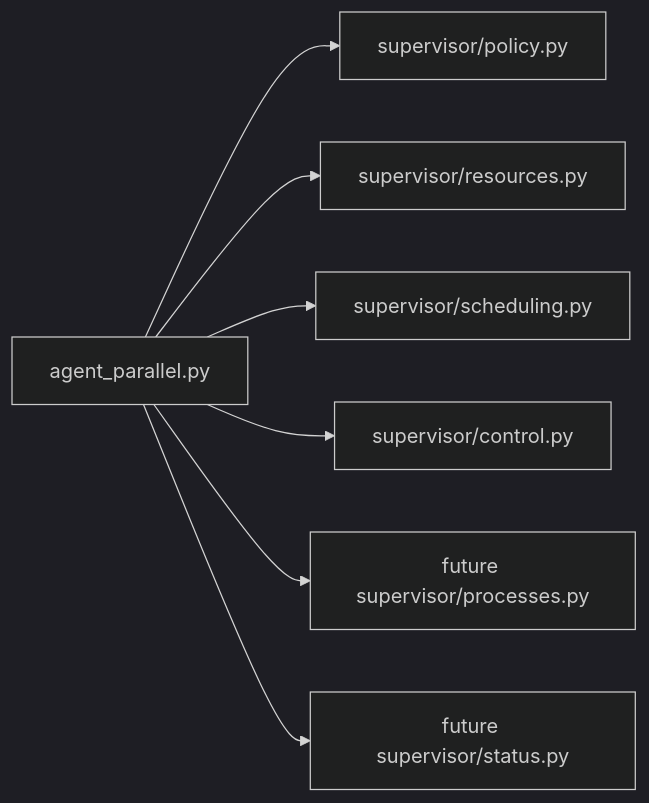
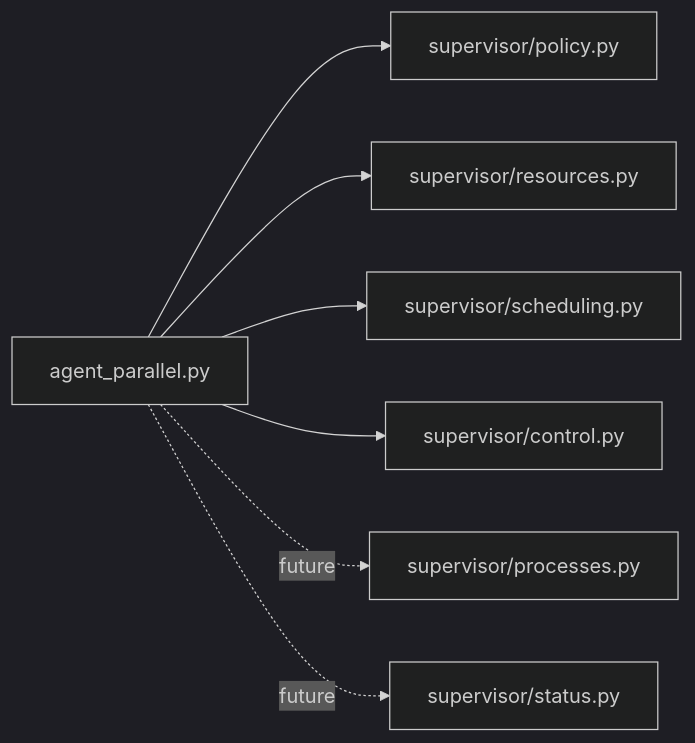
The third of 4 diagrams in docs/ARCHITECTURE.md (MichalMatu/local-agent), drawn with Mermaid (dark theme) before and after one commit. The commit also changed other lines of this file, not shown here.

Commit message:
Align architecture docs with v4.16 package ownership

````diff
--- a/docs/ARCHITECTURE.md
+++ b/docs/ARCHITECTURE.md
@@ -145,10 +145,10 @@
 ```mermaid
 flowchart LR
-    Existing["agent_parallel.py"]
-    Existing --> Policy["supervisor/policy.py"]
-    Existing --> Resources["supervisor/resources.py"]
-    Existing --> Scheduling["supervisor/scheduling.py"]
-    Existing --> Control["supervisor/control.py"]
-    Existing --> Processes["future supervisor/processes.py"]
-    Existing --> Status["future supervisor/status.py"]
+    Orchestrator["agent_parallel.py"]
+    Orchestrator --> Policy["supervisor/policy.py"]
+    Orchestrator --> Resources["supervisor/resources.py"]
+    Orchestrator --> Scheduling["supervisor/scheduling.py"]
+    Orchestrator --> Control["supervisor/control.py"]
+    Orchestrator -.future.-> Processes["supervisor/processes.py"]
+    Orchestrator -.future.-> Status["supervisor/status.py"]
 ```
````
